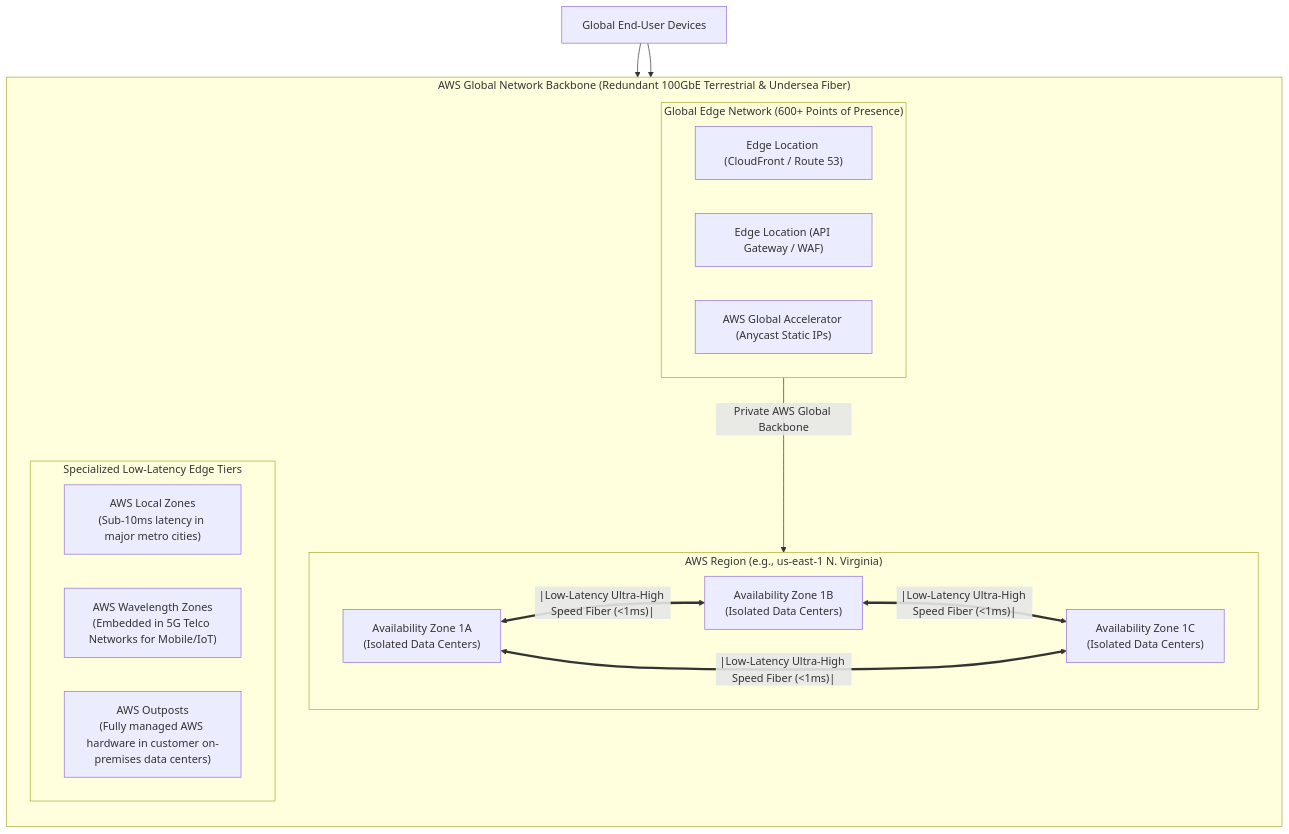
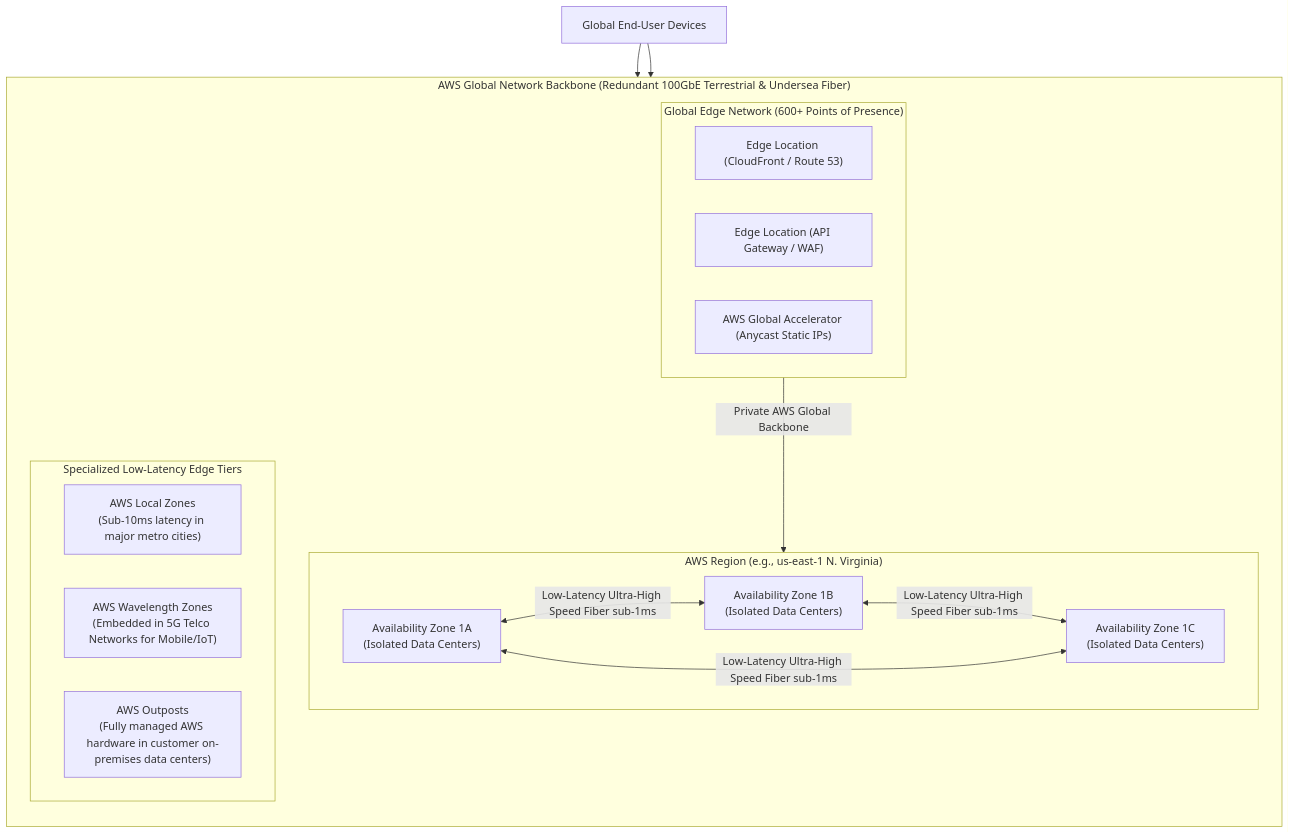
One commit to fakhruldeen/AWS changed the diagram in Cloud/Practitioner/CLF-C02/05_Diagrams/Diagram_01_Global_Infrastructure_Map.md. Above: the diagram before and after it, drawn with Mermaid. The commit also changed 2 other files, not shown here.

Commit message:
fix(clf-c02): fix invalid Mermaid bidirectional thick-arrow syntax in Global_Infrastructure and diagram files

````diff
--- a/Cloud/Practitioner/CLF-C02/05_Diagrams/Diagram_01_Global_Infrastructure_Map.md
+++ b/Cloud/Practitioner/CLF-C02/05_Diagrams/Diagram_01_Global_Infrastructure_Map.md
@@ -7,38 +7,38 @@
 ```mermaid
 flowchart TD
     subgraph GlobalPlane ["AWS Global Network Backbone (Redundant 100GbE Terrestrial & Undersea Fiber)"]
         direction TB
         
         subgraph Region1 ["AWS Region (e.g., us-east-1 N. Virginia)"]
             direction LR
             AZ1["Availability Zone 1A
 (Isolated Data Centers)"]
             AZ2["Availability Zone 1B
 (Isolated Data Centers)"]
             AZ3["Availability Zone 1C
 (Isolated Data Centers)"]
-            AZ1 <==|Low-Latency Ultra-High Speed Fiber (<1ms)|==> AZ2
-            AZ2 <==|Low-Latency Ultra-High Speed Fiber (<1ms)|==> AZ3
-            AZ1 <==|Low-Latency Ultra-High Speed Fiber (<1ms)|==> AZ3
+            AZ1 <-->|Low-Latency Ultra-High Speed Fiber sub-1ms| AZ2
+            AZ2 <-->|Low-Latency Ultra-High Speed Fiber sub-1ms| AZ3
+            AZ1 <-->|Low-Latency Ultra-High Speed Fiber sub-1ms| AZ3
         end
 
         subgraph EdgeLayer ["Global Edge Network (600+ Points of Presence)"]
             Edge1["Edge Location (CloudFront / Route 53)"]
             Edge2["Edge Location (API Gateway / WAF)"]
             GA["AWS Global Accelerator (Anycast Static IPs)"]
         end
 
         subgraph SpecializedEdge ["Specialized Low-Latency Edge Tiers"]
             LocalZone["AWS Local Zones
 (Sub-10ms latency in major metro cities)"]
             Wavelength["AWS Wavelength Zones
 (Embedded in 5G Telco Networks for Mobile/IoT)"]
             Outposts["AWS Outposts
 (Fully managed AWS hardware in customer on-premises data centers)"]
         end
     end
 
     Users["Global End-User Devices"] --> EdgeLayer
     EdgeLayer -->|Private AWS Global Backbone| Region1
     Users --> SpecializedEdge
 ```
````
